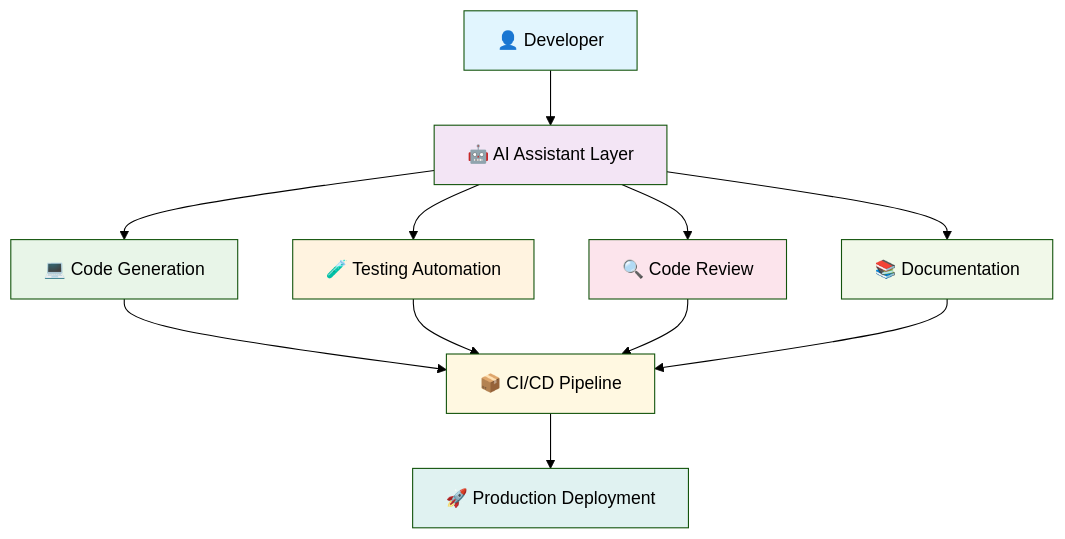
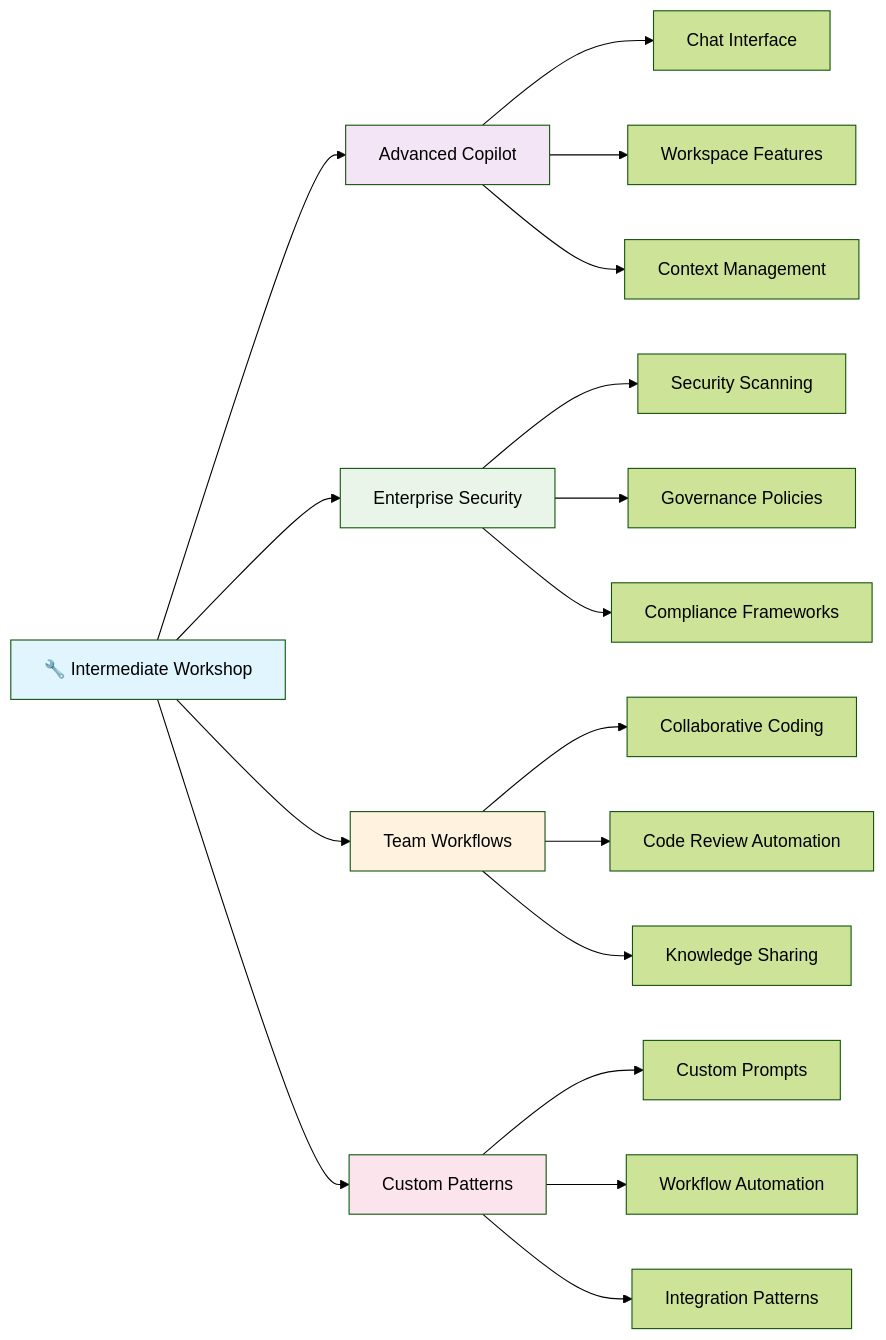
One commit to paulasilvatech/Code-AI-Dev changed the fourth of 8 diagrams in docs/workshop_structure.md. Above: the diagram before and after it, drawn with Mermaid (forest theme). The commit also changed other lines of this file and 4 other files, not shown here.

````diff
--- a/docs/workshop_structure.md
+++ b/docs/workshop_structure.md
@@ -88,25 +186,29 @@
 ```mermaid
-graph TD
-    A[👤 Developer] --> B[🤖 AI Assistant Layer]
+graph LR
+    A[🔧 Intermediate Workshop] --> B[Advanced Copilot]
+    A --> C[Enterprise Security]
+    A --> D[Team Workflows]
+    A --> E[Custom Patterns]
     
-    B --> C[💻 Code Generation]
-    B --> D[🧪 Testing Automation]
-    B --> E[🔍 Code Review]
-    B --> F[📚 Documentation]
+    B --> F[Chat Interface]
+    B --> G[Workspace Features]
+    B --> H[Context Management]
     
-    C --> G[📦 CI/CD Pipeline]
-    D --> G
-    E --> G
-    F --> G
+    C --> I[Security Scanning]
+    C --> J[Governance Policies]
+    C --> K[Compliance Frameworks]
     
-    G --> H[🚀 Production Deployment]
+    D --> L[Collaborative Coding]
+    D --> M[Code Review Automation]
+    D --> N[Knowledge Sharing]
+    
+    E --> O[Custom Prompts]
+    E --> P[Workflow Automation]
+    E --> Q[Integration Patterns]
     
     style A fill:#e1f5fe
     style B fill:#f3e5f5
     style C fill:#e8f5e8
     style D fill:#fff3e0
     style E fill:#fce4ec
-    style F fill:#f1f8e9
-    style G fill:#fff8e1
-    style H fill:#e0f2f1
 ```
````
